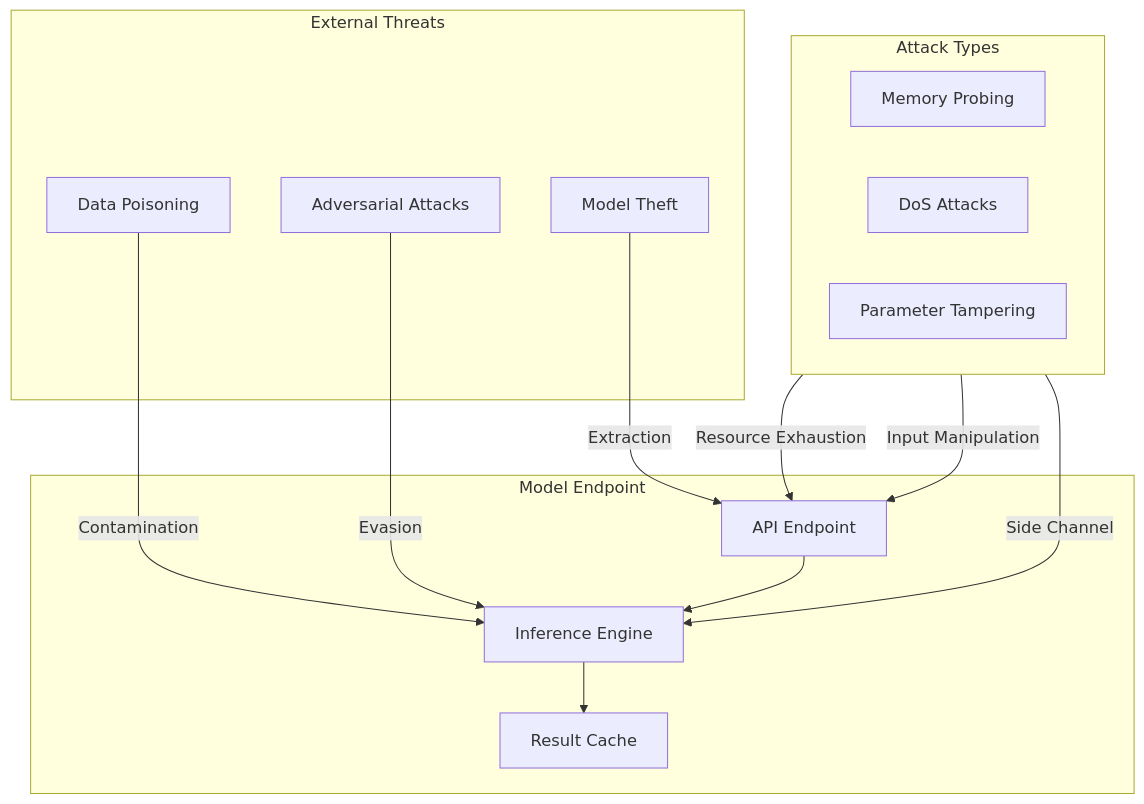
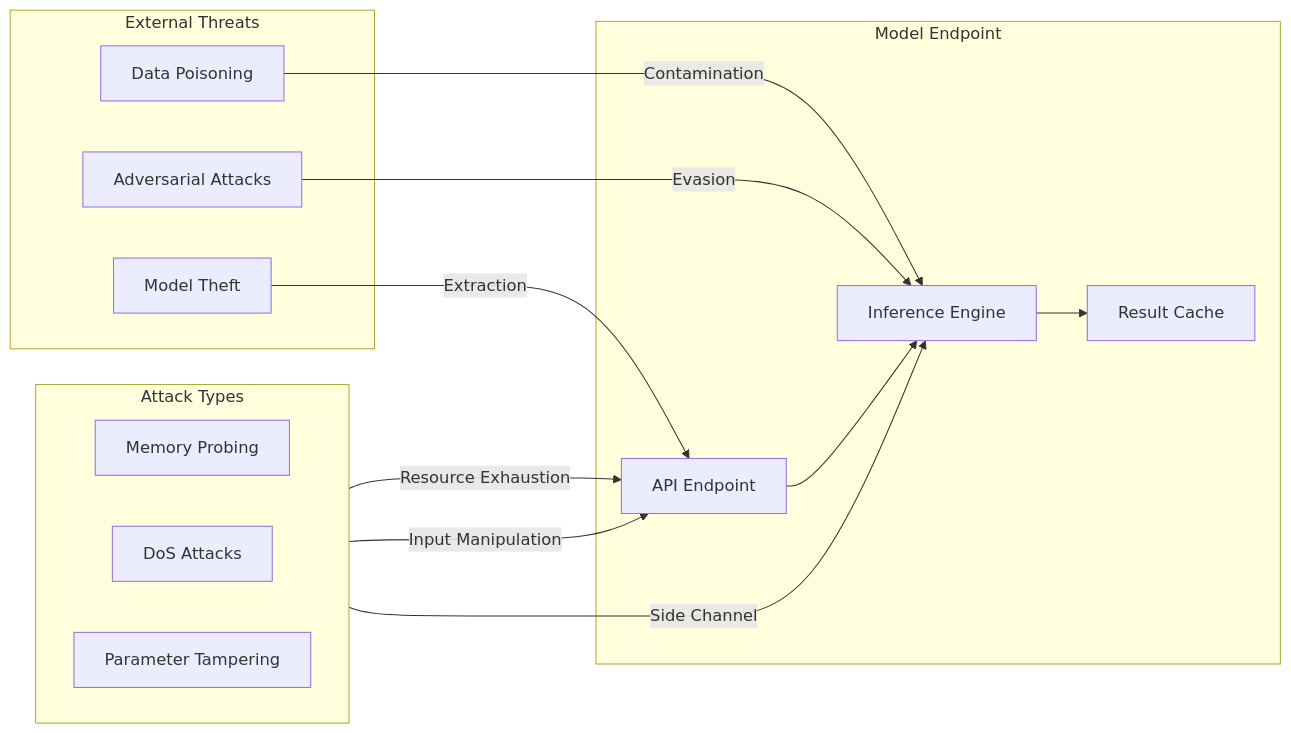
Before and after one commit to dochristy/triton-test: the second of 4 diagrams in ai-security/ai-security.md, drawn with Mermaid. The commit also changed other lines of this file, not shown here.

````diff
--- a/ai-security/ai-security.md
+++ b/ai-security/ai-security.md
@@ -62,30 +65,30 @@
    ```mermaid
-   flowchart TD
+   flowchart LR
        subgraph External Threats
            AT1[Model Theft]
            AT2[Data Poisoning]
            AT3[Adversarial Attacks]
        end
        
        subgraph Model Endpoint
            API[API Endpoint]
            INF[Inference Engine]
            CAC[Result Cache]
        end
        
        subgraph Attack Types
            direction LR
            MEM[Memory Probing]
            DOS[DoS Attacks]
            PRM[Parameter Tampering]
        end
        
        AT1 -->|Extraction| API
        AT2 -->|Contamination| INF
        AT3 -->|Evasion| INF
        MEM -->|Side Channel| INF
        DOS -->|Resource Exhaustion| API
        PRM -->|Input Manipulation| API
        API --> INF
        INF --> CAC
    ```
````
